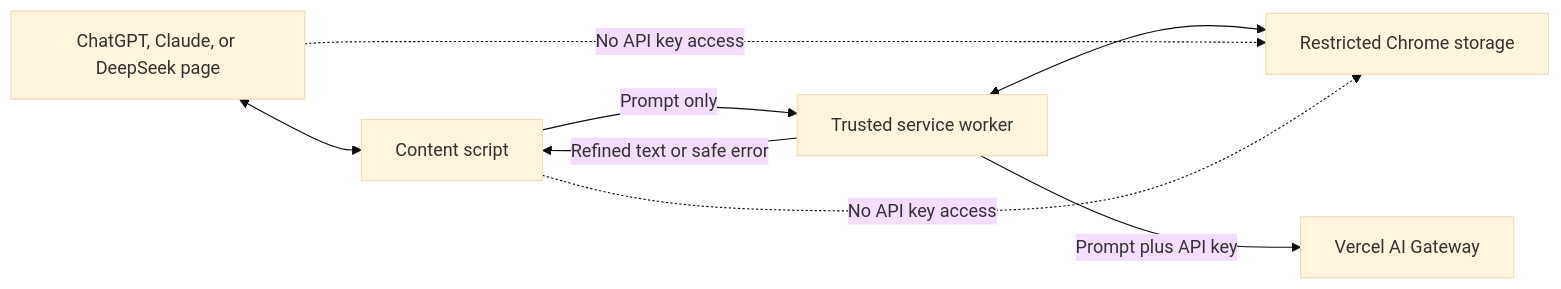
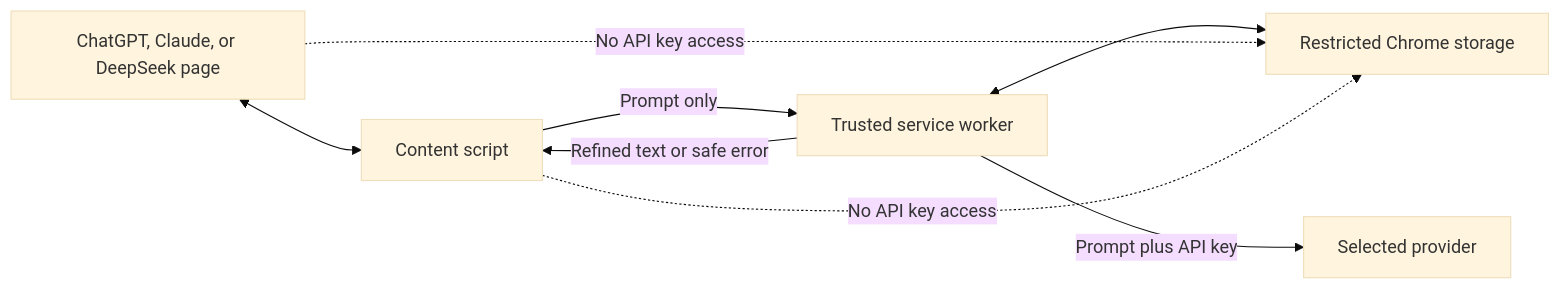
One commit to YASHxK1/Distix-prompt-refinement changed the fourth of 4 diagrams in BACKEND_FLOW.md. Above: the diagram before and after it, drawn with Mermaid (base theme). The commit also changed other lines of this file and 24 other files, not shown here.

````diff
--- a/BACKEND_FLOW.md
+++ b/BACKEND_FLOW.md
@@ -186,17 +188,17 @@
 ```mermaid
 flowchart LR
     Page[ChatGPT, Claude, or DeepSeek page]
     CS[Content script]
     SW[Trusted service worker]
     Storage[Restricted Chrome storage]
-    Gateway[Vercel AI Gateway]
+    Gateway[Selected provider]
 
     Page <--> CS
     CS -->|Prompt only| SW
     SW -->|Refined text or safe error| CS
     SW <--> Storage
     SW -->|Prompt plus API key| Gateway
 
     Page -. No API key access .-> Storage
     CS -. No API key access .-> Storage
 ```
````
